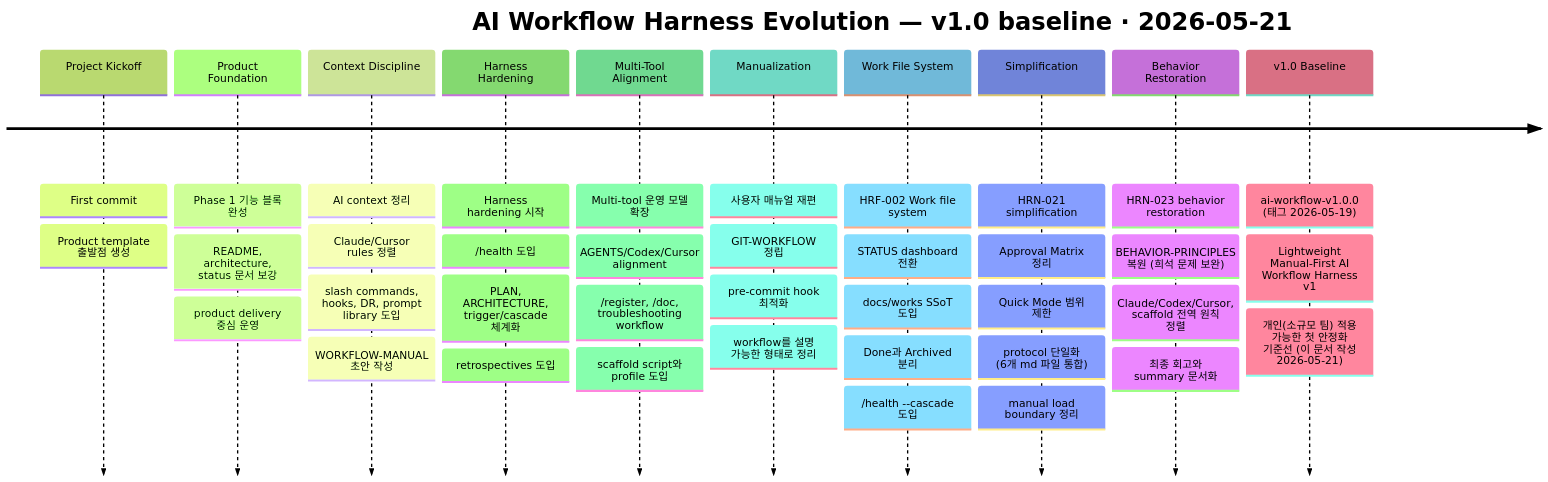
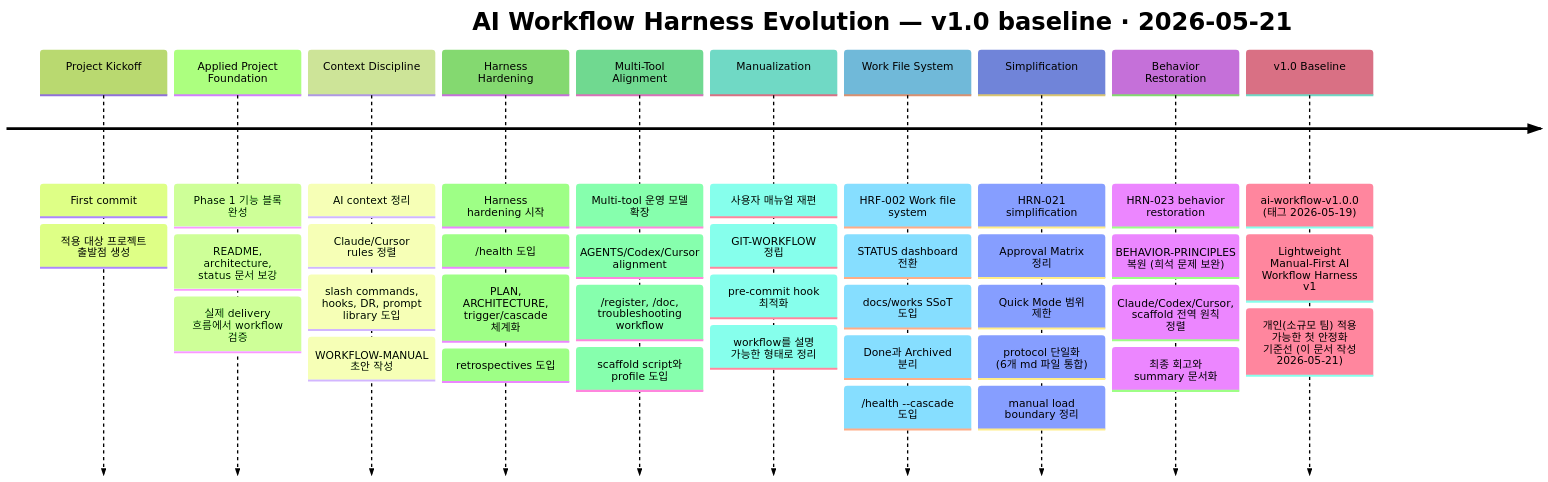
One commit to kyungseo/ai-workflow-harness changed the first of 7 diagrams in docs/WORKFLOW-MANUAL-SUMMARY-PUBLIC.md. Above: the diagram before and after it, drawn with Mermaid (forest theme). The commit also changed other lines of this file and 216 other files, not shown here.

````diff
--- a/docs/WORKFLOW-MANUAL-SUMMARY-PUBLIC.md
+++ b/docs/WORKFLOW-MANUAL-SUMMARY-PUBLIC.md
@@ -57,52 +57,52 @@
 ```mermaid
 timeline
     title AI Workflow Harness Evolution — v1.0 baseline · 2026-05-21
 
     Project Kickoff : First commit
-                    : Product template 출발점 생성
+                    : 적용 대상 프로젝트 출발점 생성
 
-    Product Foundation : Phase 1 기능 블록 완성
+    Applied Project Foundation : Phase 1 기능 블록 완성
                        : README, architecture, status 문서 보강
-                       : product delivery 중심 운영
+                       : 실제 delivery 흐름에서 workflow 검증
 
     Context Discipline : AI context 정리
                        : Claude/Cursor rules 정렬
                        : slash commands, hooks, DR, prompt library 도입
                        : WORKFLOW-MANUAL 초안 작성
 
     Harness Hardening : Harness hardening 시작
                       : /health 도입
                       : PLAN, ARCHITECTURE, trigger/cascade 체계화
                       : retrospectives 도입
 
     Multi-Tool Alignment : Multi-tool 운영 모델 확장
                          : AGENTS/Codex/Cursor alignment
                          : /register, /doc, troubleshooting workflow
                          : scaffold script와 profile 도입
 
     Manualization : 사용자 매뉴얼 재편
                   : GIT-WORKFLOW 정립
                   : pre-commit hook 최적화
                   : workflow를 설명 가능한 형태로 정리
 
     Work File System : HRF-002 Work file system
                      : STATUS dashboard 전환
                      : docs/works SSoT 도입
                      : Done과 Archived 분리
                      : /health --cascade 도입
 
     Simplification : HRN-021 simplification
                    : Approval Matrix 정리
                    : Quick Mode 범위 제한
                    : protocol 단일화 (6개 md 파일 통합)
                    : manual load boundary 정리
 
     Behavior Restoration : HRN-023 behavior restoration
                          : BEHAVIOR-PRINCIPLES 복원 (희석 문제 보완)
                          : Claude/Codex/Cursor, scaffold 전역 원칙 정렬
                          : 최종 회고와 summary 문서화
 
     v1.0 Baseline : ai-workflow-v1.0.0 (태그 2026-05-19)
                   : Lightweight Manual-First AI Workflow Harness v1
                   : 개인(소규모 팀) 적용 가능한 첫 안정화 기준선 (이 문서 작성 2026-05-21)
 ```
````
